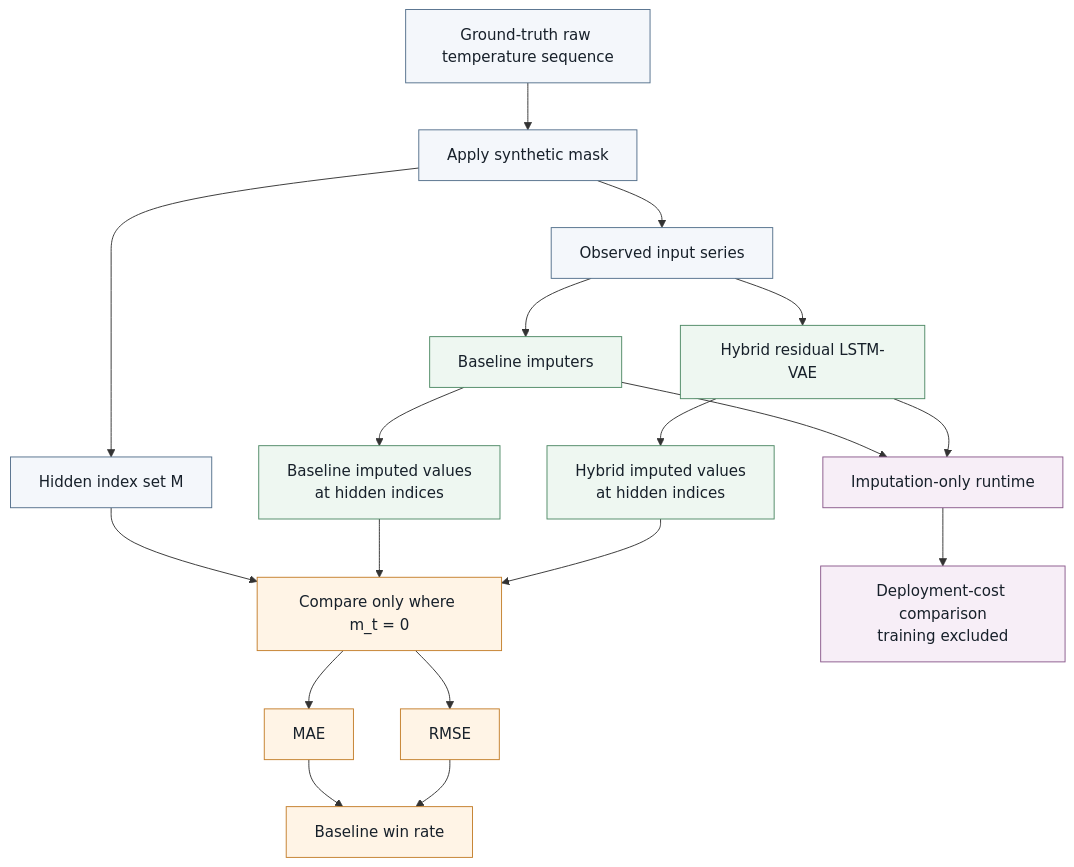
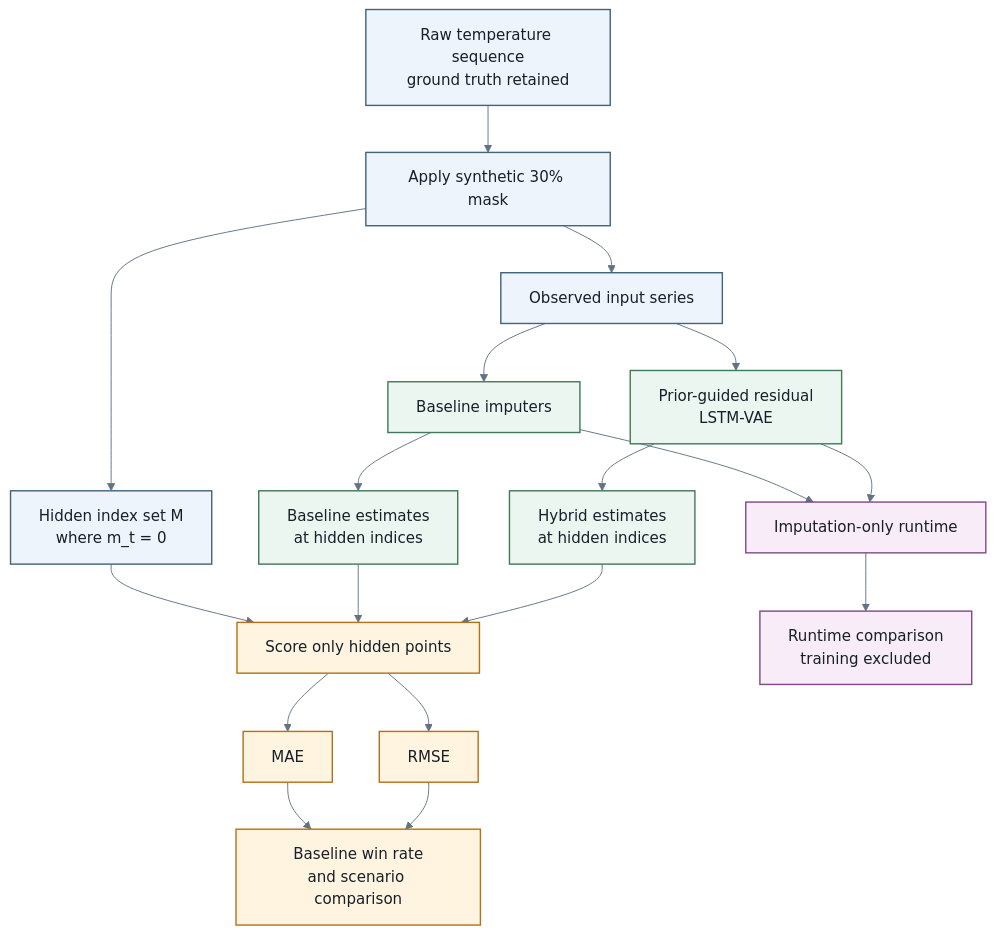
The diagram in lvimputer/thesis/shapes/evaluation_and_runtime_protocol.mmd (DevPrinceK/mphil), drawn with Mermaid before and after one commit. The commit also changed 43 other files, not shown here.

```diff
--- a/lvimputer/thesis/shapes/evaluation_and_runtime_protocol.mmd
+++ b/lvimputer/thesis/shapes/evaluation_and_runtime_protocol.mmd
@@ -1,32 +1,36 @@
 %% Figure 3.8: Evaluation and imputation-only runtime protocol
+%% Error and runtime are reported on the same masks, but training time is kept
+%% outside the deployment-cost measurement.
+%%{init: {"theme": "base", "themeVariables": {"fontFamily": "Segoe UI, Arial, sans-serif", "background": "transparent", "primaryTextColor": "#17202a", "lineColor": "#617285"}}}%%
 flowchart TB
-    A[Ground-truth raw temperature sequence] --> B[Apply synthetic mask]
-    B --> C[Observed input series]
-    B --> D[Hidden index set M]
+    A["Raw temperature sequence<br/>ground truth retained"] --> B["Apply synthetic 30% mask"]
+    B --> C["Observed input series"]
+    B --> D["Hidden index set M<br/>where m_t = 0"]
 
-    C --> E1[Baseline imputers]
-    C --> E2[Hybrid residual LSTM-VAE]
+    C --> E1["Baseline imputers"]
+    C --> E2["Prior-guided residual<br/>LSTM-VAE"]
 
-    E1 --> F1[Baseline imputed values<br/>at hidden indices]
-    E2 --> F2[Hybrid imputed values<br/>at hidden indices]
-    D --> G[Compare only where m_t = 0]
+    E1 --> F1["Baseline estimates<br/>at hidden indices"]
+    E2 --> F2["Hybrid estimates<br/>at hidden indices"]
+
+    D --> G["Score only hidden points"]
     F1 --> G
     F2 --> G
 
-    G --> H[MAE]
-    G --> I[RMSE]
-    H --> J[Baseline win rate]
+    G --> H["MAE"]
+    G --> I["RMSE"]
+    H --> J["Baseline win rate<br/>and scenario comparison"]
     I --> J
 
-    E1 --> K[Imputation-only runtime]
+    E1 --> K["Imputation-only runtime"]
     E2 --> K
-    K --> L[Deployment-cost comparison<br/>training excluded]
+    K --> L["Runtime comparison<br/>training excluded"]
 
-    classDef data fill:#f4f7fb,stroke:#54708c,color:#17202a;
-    classDef method fill:#eef7f1,stroke:#4f8a66,color:#17202a;
-    classDef eval fill:#fff4e6,stroke:#c47f2c,color:#17202a;
-    classDef runtime fill:#f7eef7,stroke:#8b5a8c,color:#17202a;
+    classDef data fill:#edf4fb,stroke:#42647f,stroke-width:1.5px,color:#17202a;
+    classDef method fill:#ecf6f0,stroke:#3f7a5a,stroke-width:1.5px,color:#17202a;
+    classDef eval fill:#fff4df,stroke:#b37219,stroke-width:1.5px,color:#17202a;
+    classDef runtime fill:#f7ecf7,stroke:#7f4b86,stroke-width:1.5px,color:#17202a;
     class A,B,C,D data;
     class E1,E2,F1,F2 method;
     class G,H,I,J eval;
     class K,L runtime;
```
